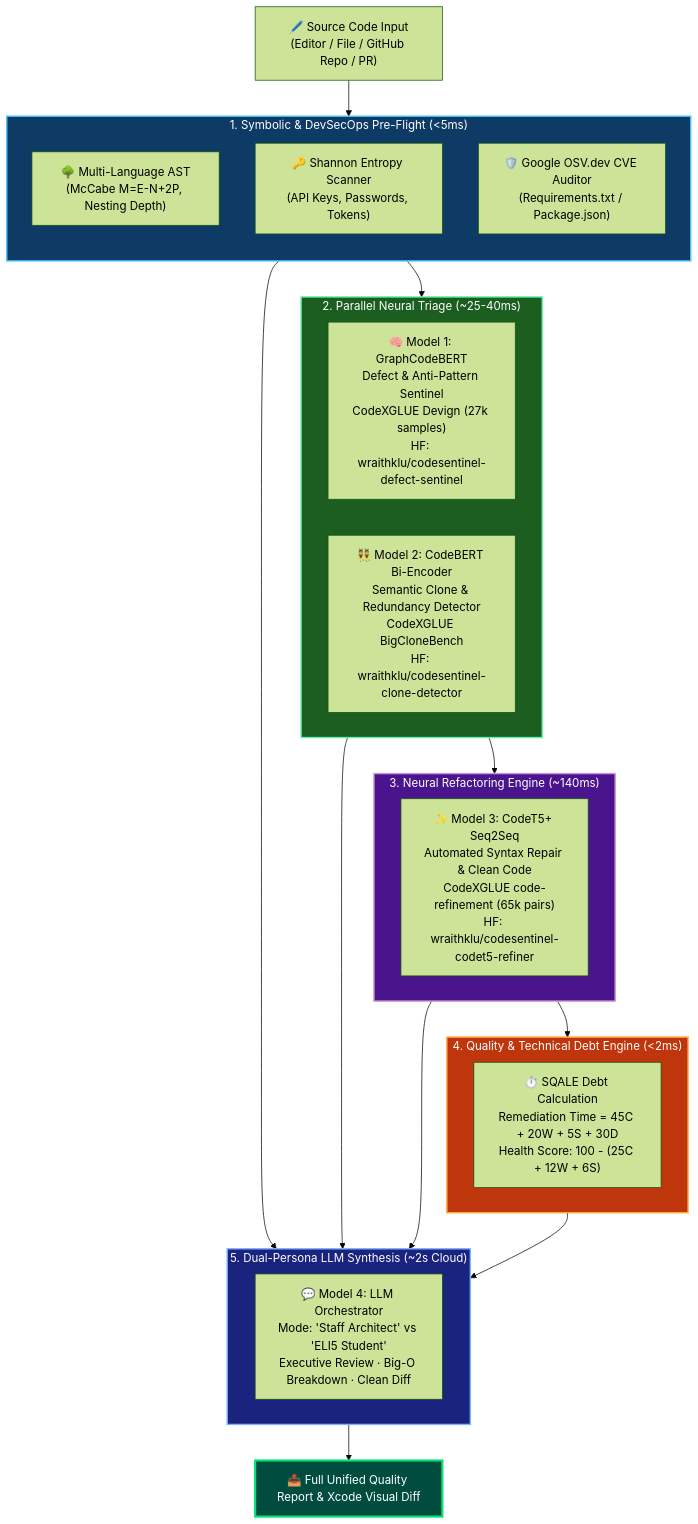
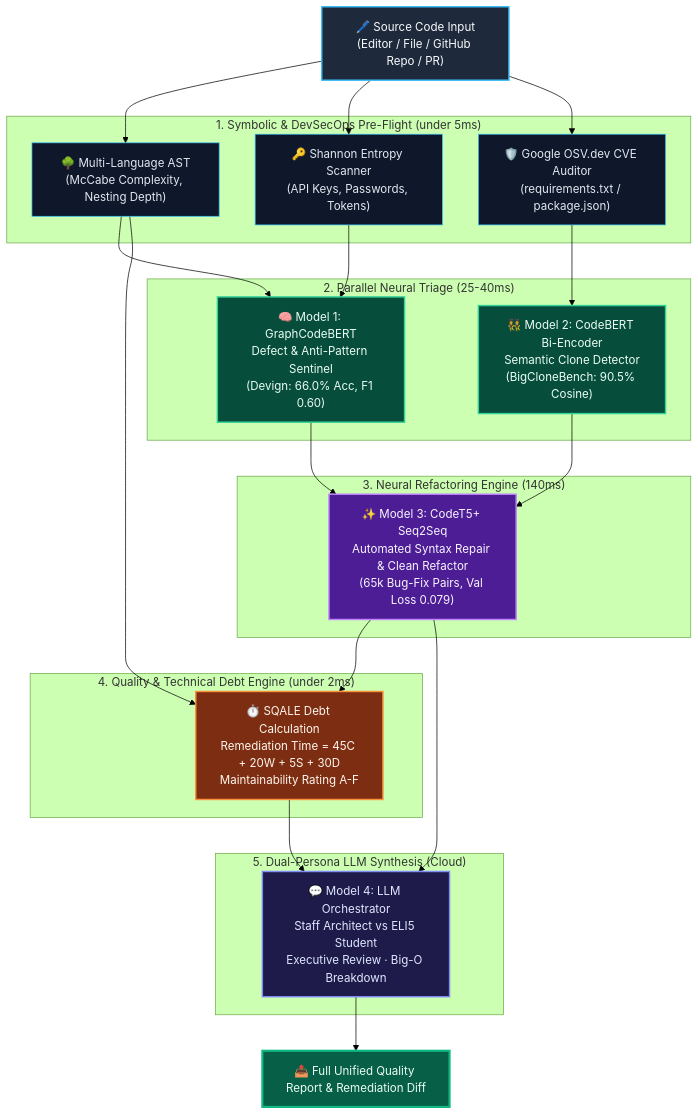
One commit to wraith-klu/RigelAI changed the first of 4 diagrams in README.md. Above: the diagram before and after it, drawn with Mermaid (forest theme). The commit also changed other lines of this file, not shown here.

Commit message:
Fix: Mermaid diagram syntax for GitHub Flavored Markdown rich display rendering

````diff
--- a/README.md
+++ b/README.md
@@ -54,43 +54,59 @@
 ```mermaid
 flowchart TD
-    INPUT["🖊️ Source Code Input\n(Editor / File / GitHub Repo / PR)"]
+    INPUT["🖊️ Source Code Input<br/>(Editor / File / GitHub Repo / PR)"]
 
-    subgraph PREFLIGHT["1. Symbolic & DevSecOps Pre-Flight (<5ms)"]
-        direction TB
-        AST["🌳 Multi-Language AST\n(McCabe M=E-N+2P, Nesting Depth)"]
-        SEC["🔑 Shannon Entropy Scanner\n(API Keys, Passwords, Tokens)"]
-        CVE["🛡️ Google OSV.dev CVE Auditor\n(Requirements.txt / Package.json)"]
+    subgraph S_PREFLIGHT["1. Symbolic & DevSecOps Pre-Flight (under 5ms)"]
+        AST["🌳 Multi-Language AST<br/>(McCabe Complexity, Nesting Depth)"]
+        SEC["🔑 Shannon Entropy Scanner<br/>(API Keys, Passwords, Tokens)"]
+        CVE["🛡️ Google OSV.dev CVE Auditor<br/>(requirements.txt / package.json)"]
     end
 
-    subgraph TRIAGE["2. Parallel Neural Triage (~25-40ms)"]
-        direction LR
-        M1["🧠 Model 1: GraphCodeBERT\nDefect & Anti-Pattern Sentinel\nCodeXGLUE Devign (27k samples)\nHF: wraithklu/codesentinel-defect-sentinel"]
-        M2["👯 Model 2: CodeBERT Bi-Encoder\nSemantic Clone & Redundancy Detector\nCodeXGLUE BigCloneBench\nHF: wraithklu/codesentinel-clone-detector"]
+    subgraph S_TRIAGE["2. Parallel Neural Triage (25-40ms)"]
+        M1["🧠 Model 1: GraphCodeBERT<br/>Defect & Anti-Pattern Sentinel<br/>(Devign: 66.0% Acc, F1 0.60)"]
+        M2["👯 Model 2: CodeBERT Bi-Encoder<br/>Semantic Clone Detector<br/>(BigCloneBench: 90.5% Cosine)"]
     end
 
-    subgraph GENERATION["3. Neural Refactoring Engine (~140ms)"]
-        M3["✨ Model 3: CodeT5+ Seq2Seq\nAutomated Syntax Repair & Clean Code\nCodeXGLUE code-refinement (65k pairs)\nHF: wraithklu/codesentinel-codet5-refiner"]
+    subgraph S_GENERATION["3. Neural Refactoring Engine (140ms)"]
+        M3["✨ Model 3: CodeT5+ Seq2Seq<br/>Automated Syntax Repair & Clean Refactor<br/>(65k Bug-Fix Pairs, Val Loss 0.079)"]
     end
 
-    subgraph METRICS["4. Quality & Technical Debt Engine (<2ms)"]
-        SQALE["⏱️ SQALE Debt Calculation\nRemediation Time = 45C + 20W + 5S + 30D\nHealth Score: 100 - (25C + 12W + 6S)"]
+    subgraph S_METRICS["4. Quality & Technical Debt Engine (under 2ms)"]
+        SQALE["⏱️ SQALE Debt Calculation<br/>Remediation Time = 45C + 20W + 5S + 30D<br/>Maintainability Rating A-F"]
     end
 
-    subgraph ORCHESTRATION["5. Dual-Persona LLM Synthesis (~2s Cloud)"]
-        M4["💬 Model 4: LLM Orchestrator\nMode: 'Staff Architect' vs 'ELI5 Student'\nExecutive Review · Big-O Breakdown · Clean Diff"]
+    subgraph S_ORCHESTRATION["5. Dual-Persona LLM Synthesis (Cloud)"]
+        M4["💬 Model 4: LLM Orchestrator<br/>Staff Architect vs ELI5 Student<br/>Executive Review · Big-O Breakdown"]
     end
 
-    INPUT --> PREFLIGHT
-    PREFLIGHT --> TRIAGE
-    TRIAGE --> GENERATION
-    GENERATION --> METRICS
-    PREFLIGHT & TRIAGE & GENERATION & METRICS --> ORCHESTRATION
-    ORCHESTRATION --> RESPONSE["📤 Full Unified Quality Report & Xcode Visual Diff"]
+    RESPONSE["📤 Full Unified Quality Report & Remediation Diff"]
 
-    style PREFLIGHT fill:#0d3b66,color:#fff,stroke:#4fc3f7,stroke-width:2px
-    style TRIAGE fill:#1b5e20,color:#fff,stroke:#69f0ae,stroke-width:2px
-    style GENERATION fill:#4a148c,color:#fff,stroke:#ce93d8,stroke-width:2px
-    style METRICS fill:#bf360c,color:#fff,stroke:#ffab40,stroke-width:2px
-    style ORCHESTRATION fill:#1a237e,color:#fff,stroke:#82b1ff,stroke-width:2px
-    style RESPONSE fill:#004d40,color:#fff,stroke:#00e676,stroke-width:3px
+    INPUT --> AST
+    INPUT --> SEC
+    INPUT --> CVE
+
+    AST --> M1
+    SEC --> M1
+    CVE --> M2
+
+    M1 --> M3
+    M2 --> M3
+
+    M3 --> SQALE
+    AST --> SQALE
+
+    SQALE --> M4
+    M3 --> M4
+
+    M4 --> RESPONSE
+
+    style INPUT fill:#1e293b,color:#f8fafc,stroke:#38bdf8,stroke-width:2px
+    style AST fill:#0f172a,color:#e2e8f0,stroke:#38bdf8
+    style SEC fill:#0f172a,color:#e2e8f0,stroke:#38bdf8
+    style CVE fill:#0f172a,color:#e2e8f0,stroke:#38bdf8
+    style M1 fill:#064e3b,color:#ecfdf5,stroke:#34d399,stroke-width:2px
+    style M2 fill:#064e3b,color:#ecfdf5,stroke:#34d399,stroke-width:2px
+    style M3 fill:#4c1d95,color:#faf5ff,stroke:#c084fc,stroke-width:2px
+    style SQALE fill:#7c2d12,color:#fff7ed,stroke:#fb923c,stroke-width:2px
+    style M4 fill:#1e1b4b,color:#e0e7ff,stroke:#818cf8,stroke-width:2px
+    style RESPONSE fill:#065f46,color:#ecfdf5,stroke:#10b981,stroke-width:3px
 ```
````
